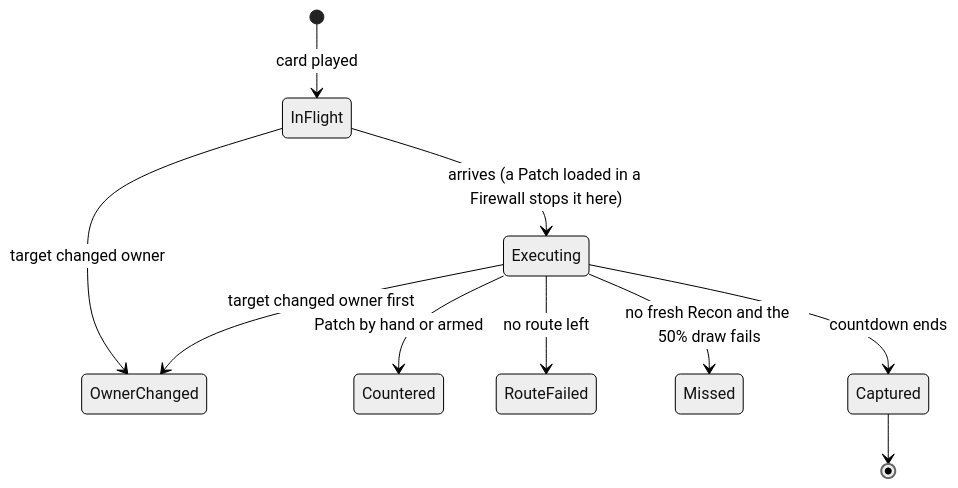
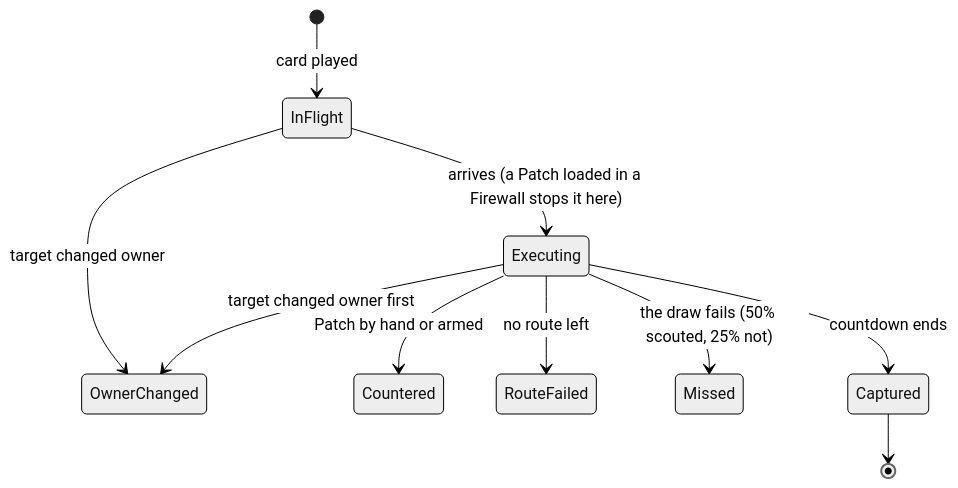
One commit to zzzteph/rim changed the second of 2 diagrams in docs/DESIGN.md. Above: the diagram before and after it, drawn with Mermaid. The commit also changed other lines of this file and 18 other files, not shown here.

First line of the commit message:
0.6.3: Recon 50%, attacks 50% scouted and 25% unscouted

````diff
--- a/docs/DESIGN.md
+++ b/docs/DESIGN.md
@@ -376,13 +376,13 @@
 ```mermaid
 %%{init: {'theme':'neutral'}}%%
 stateDiagram-v2
   [*] --> InFlight: card played
   InFlight --> OwnerChanged: target changed owner
   InFlight --> Executing: arrives (a Patch loaded in a Firewall stops it here)
   Executing --> Countered: Patch by hand or armed
   Executing --> OwnerChanged: target changed owner first
   Executing --> RouteFailed: no route left
-  Executing --> Missed: no fresh Recon and the 50% draw fails
+  Executing --> Missed: the draw fails (50% scouted, 25% not)
   Executing --> Captured: countdown ends
   Captured --> [*]
 ```
````
